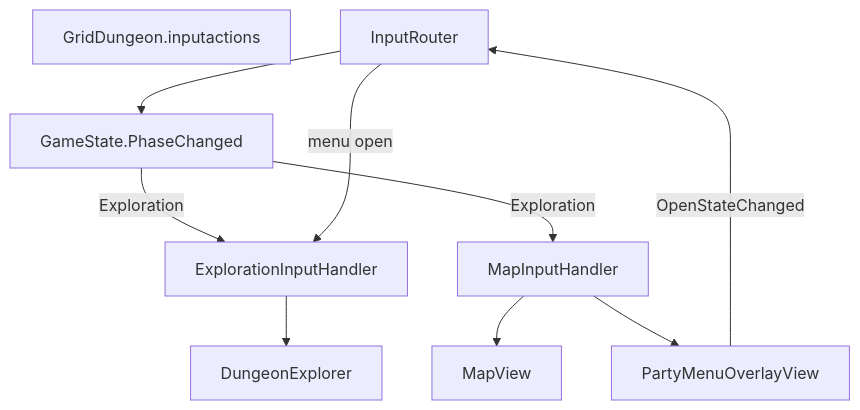
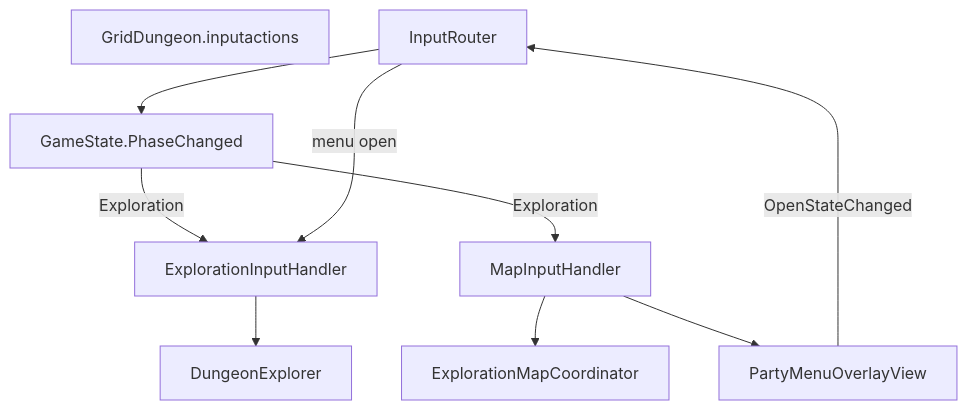
One commit to miramocha/griddungeon-design-docs changed the fourth of 5 diagrams in docs/02-systems/exploration-ui.md. Above: the diagram before and after it, drawn with Mermaid. The commit also changed other lines of this file and 21 other files, not shown here.

First line of the commit message:
docs: exploration map split (game #244) (#33)

````diff
--- a/docs/02-systems/exploration-ui.md
+++ b/docs/02-systems/exploration-ui.md
@@ -198,17 +221,17 @@
 ```mermaid
 flowchart TB
     IA[GridDungeon.inputactions]
     IR[InputRouter]
     GS[GameState.PhaseChanged]
 
     IR --> GS
     GS -->|Exploration| EIH[ExplorationInputHandler]
     GS -->|Exploration| MIH[MapInputHandler]
 
     EIH --> EX[DungeonExplorer]
-    MIH --> MV[MapView]
+    MIH --> EMC[ExplorationMapCoordinator]
     MIH --> PMO[PartyMenuOverlayView]
 
     PMO -->|OpenStateChanged| IR
     IR -->|menu open| EIH
 ```
````
